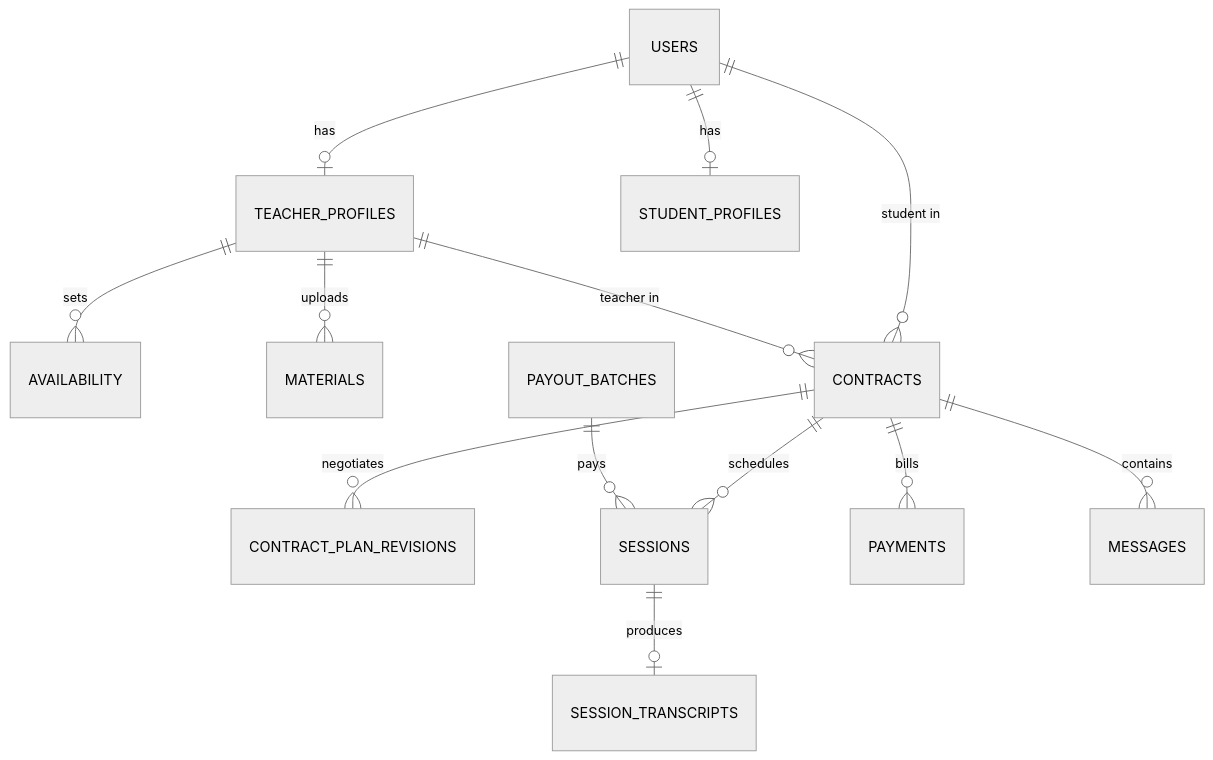
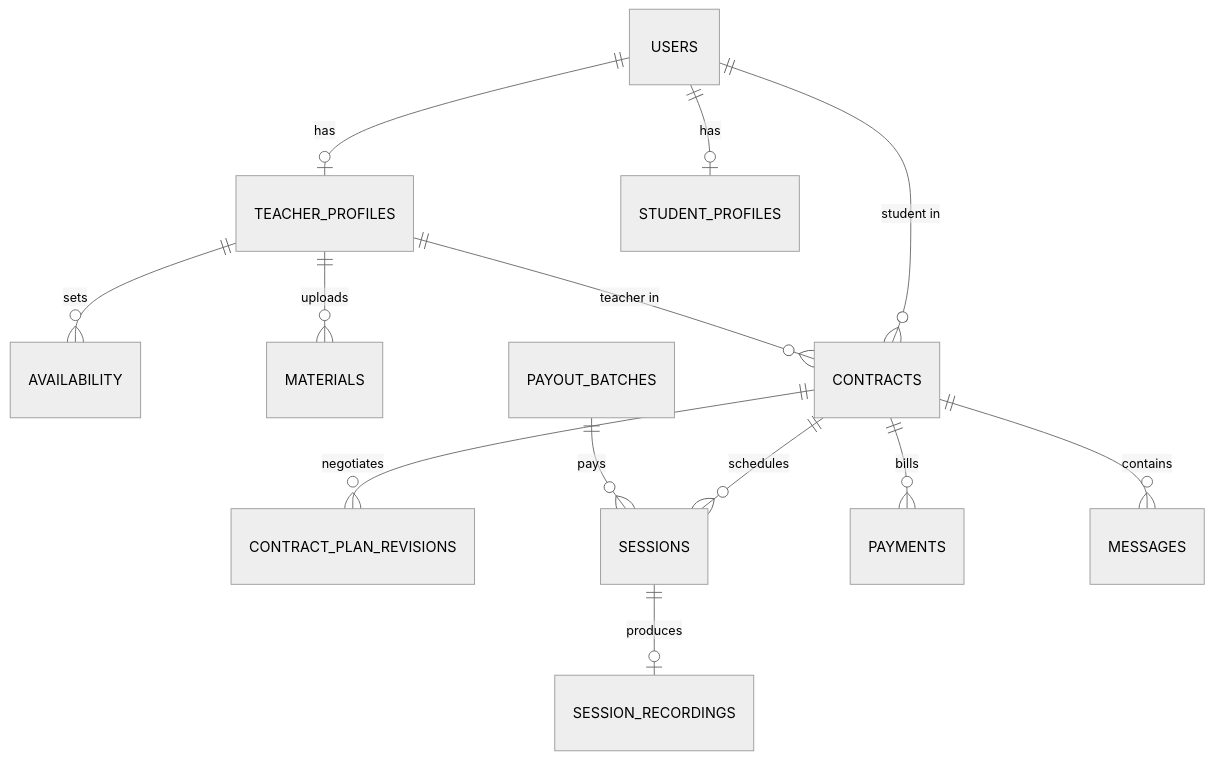
One commit to Vishnu373/nisbah-learning changed the second of 2 diagrams in nisbah-learning-design-doc.md. Above: the diagram before and after it, drawn with Mermaid (neutral theme). The commit also changed other lines of this file, not shown here.

````diff
--- a/nisbah-learning-design-doc.md
+++ b/nisbah-learning-design-doc.md
@@ -232,15 +207,15 @@
 ```mermaid
 erDiagram
     USERS ||--o| TEACHER_PROFILES : has
     USERS ||--o| STUDENT_PROFILES : has
     TEACHER_PROFILES ||--o{ AVAILABILITY : sets
     TEACHER_PROFILES ||--o{ MATERIALS : uploads
     USERS ||--o{ CONTRACTS : "student in"
     TEACHER_PROFILES ||--o{ CONTRACTS : "teacher in"
     CONTRACTS ||--o{ CONTRACT_PLAN_REVISIONS : negotiates
     CONTRACTS ||--o{ SESSIONS : schedules
-    SESSIONS ||--o| SESSION_TRANSCRIPTS : produces
+    SESSIONS ||--o| SESSION_RECORDINGS : produces
     CONTRACTS ||--o{ PAYMENTS : bills
     CONTRACTS ||--o{ MESSAGES : contains
     PAYOUT_BATCHES ||--o{ SESSIONS : pays
 ```
````
